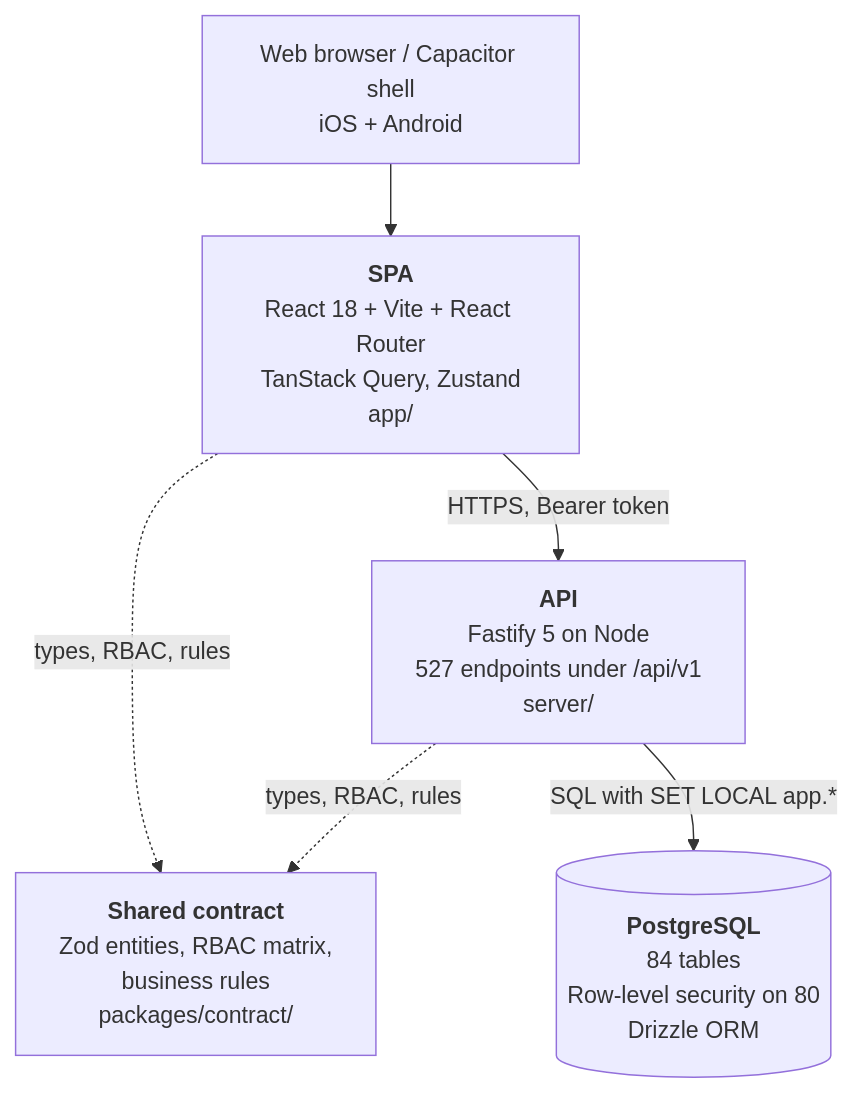
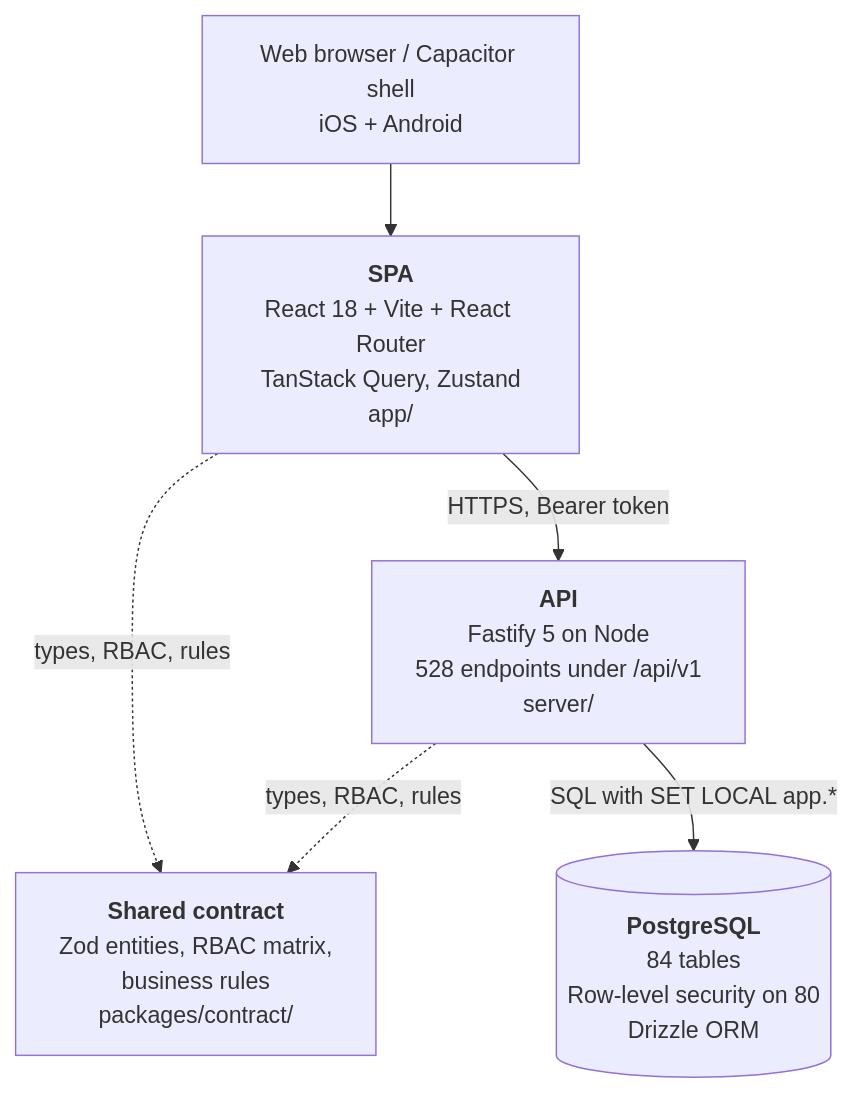
One commit to tazamohd/SlClNe changed the second of 4 diagrams in docs/15_C4_ARCHITECTURE_DIAGRAMS/C4_MODEL.md. Above: the diagram before and after it, drawn with Mermaid. The commit also changed other lines of this file and 44 other files, not shown here.

````diff
--- a/docs/15_C4_ARCHITECTURE_DIAGRAMS/C4_MODEL.md
+++ b/docs/15_C4_ARCHITECTURE_DIAGRAMS/C4_MODEL.md
@@ -42,13 +42,13 @@
 ```mermaid
 flowchart TB
   browser["Web browser / Capacitor shell<br/>iOS + Android"]
   spa["<b>SPA</b><br/>React 18 + Vite + React Router<br/>TanStack Query, Zustand<br/>app/"]
-  api["<b>API</b><br/>Fastify 5 on Node<br/>527 endpoints under /api/v1<br/>server/"]
+  api["<b>API</b><br/>Fastify 5 on Node<br/>528 endpoints under /api/v1<br/>server/"]
   contract["<b>Shared contract</b><br/>Zod entities, RBAC matrix,<br/>business rules<br/>packages/contract/"]
   db[("<b>PostgreSQL</b><br/>84 tables<br/>Row-level security on 80<br/>Drizzle ORM")]
   browser --> spa
   spa -->|"HTTPS, Bearer token"| api
   spa -.->|"types, RBAC, rules"| contract
   api -.->|"types, RBAC, rules"| contract
   api -->|"SQL with SET LOCAL app.*"| db
 ```
````
